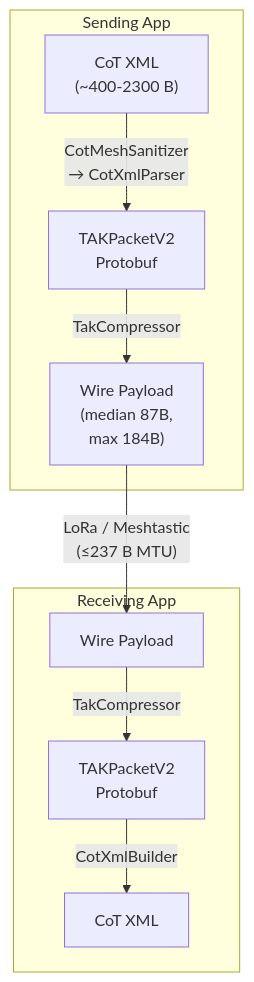
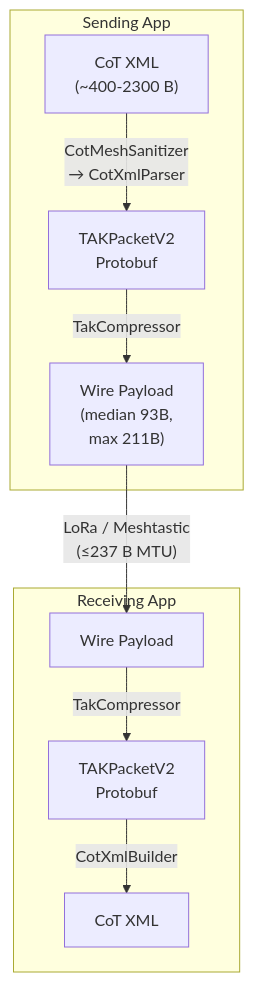
The first of 2 diagrams in README.md (meshtastic/TAKPacket-SDK), drawn with Mermaid before and after one commit. The commit also changed other lines of this file and 52 other files, not shown here.

````diff
--- a/README.md
+++ b/README.md
@@ -25,18 +25,18 @@
 ```mermaid
 flowchart TD
     subgraph send ["Sending App"]
         A["CoT XML<br/>(~400-2300 B)"]
         B["TAKPacketV2<br/>Protobuf"]
-        C["Wire Payload<br/>(median 87B,<br/>max 184B)"]
+        C["Wire Payload<br/>(median 93B,<br/>max 211B)"]
         A -->|"CotMeshSanitizer<br/>→ CotXmlParser"| B
         B -->|TakCompressor| C
     end
     C -->|"LoRa / Meshtastic<br/>(≤237 B MTU)"| D
     subgraph recv ["Receiving App"]
         D["Wire Payload"]
         E["TAKPacketV2<br/>Protobuf"]
         F["CoT XML"]
         D -->|TakCompressor| E
         E -->|CotXmlBuilder| F
     end
 ```
````
